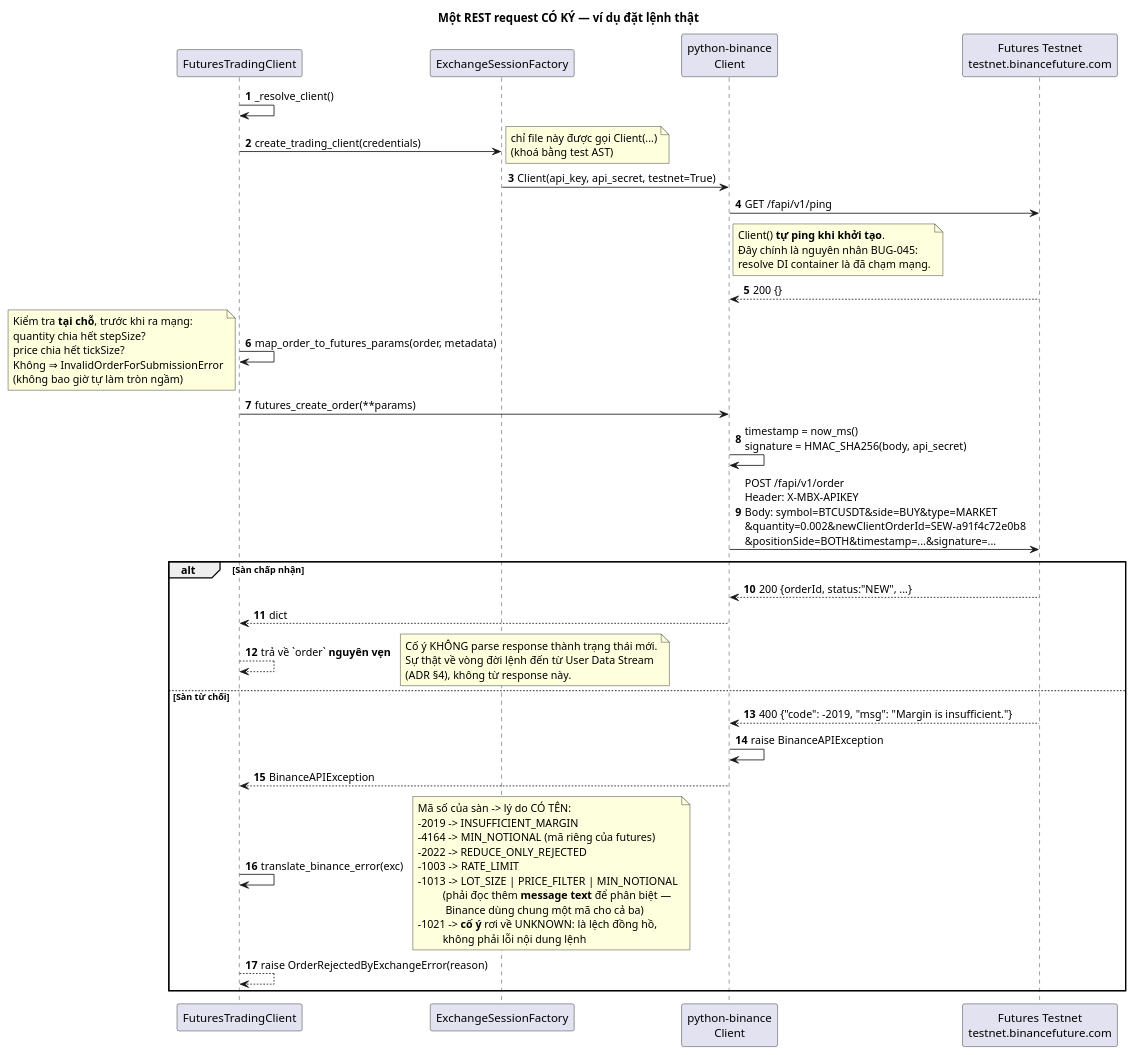
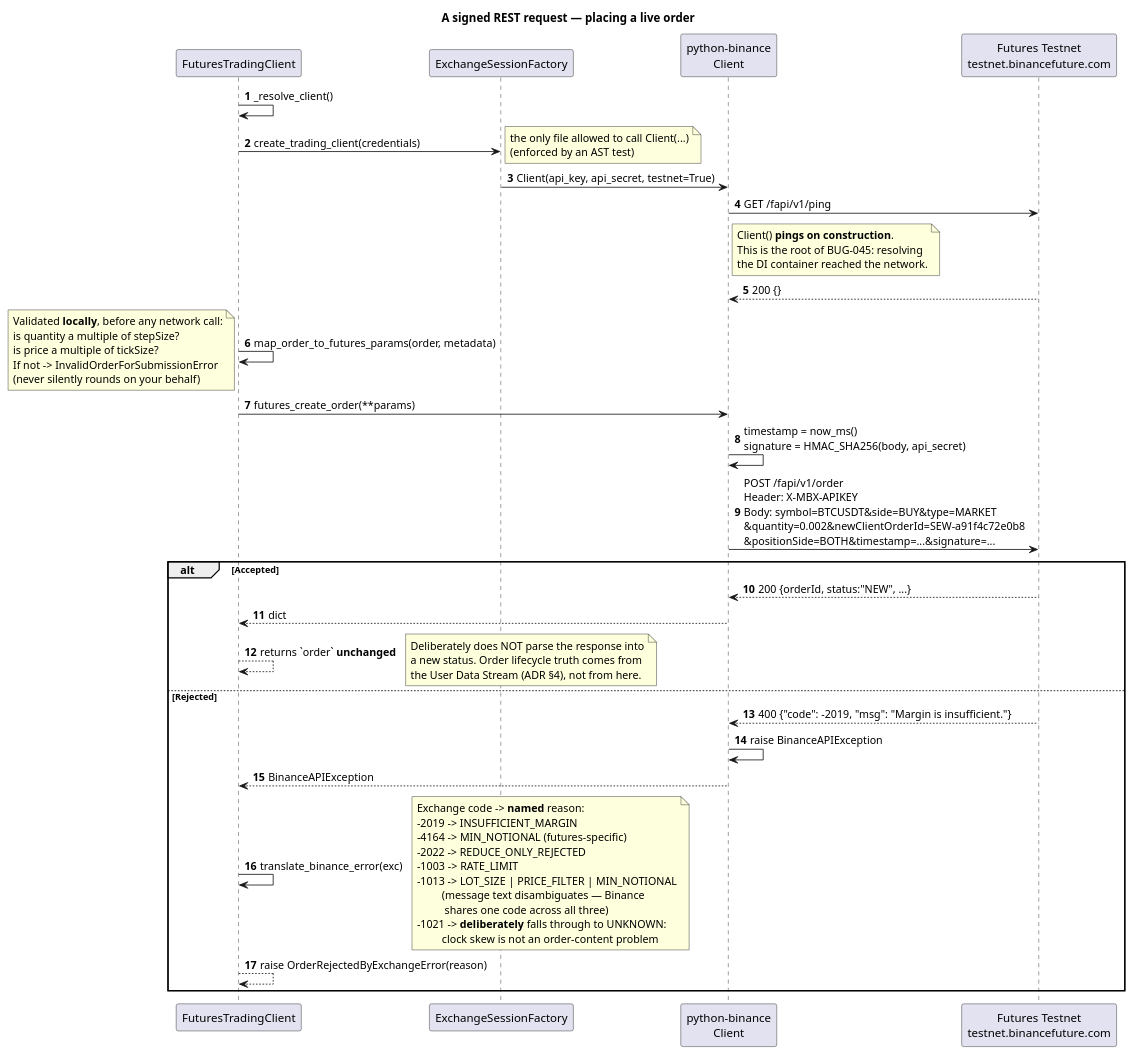
The second of 10 diagrams in Tasks/epics/EPIC-021_ket_noi_binance_futures_testnet/KNOWLEDGE_TRANSFER_tu_0_den_hero.md (anhembedded/Sagittarius_Elite_Warrior), drawn with PlantUML before and after one commit. The commit also changed other lines of this file and 1 other file, not shown here.

````diff
--- a/Tasks/epics/EPIC-021_ket_noi_binance_futures_testnet/KNOWLEDGE_TRANSFER_tu_0_den_hero.md
+++ b/Tasks/epics/EPIC-021_ket_noi_binance_futures_testnet/KNOWLEDGE_TRANSFER_tu_0_den_hero.md
@@ -169,66 +167,66 @@
 ```plantuml
 @startuml KT02_signed_request
-title Một REST request CÓ KÝ — ví dụ đặt lệnh thật
+title A signed REST request — placing a live order
 
 autonumber
 participant "FuturesTradingClient" as FTC
 participant "ExchangeSessionFactory" as ESF
 participant "python-binance\nClient" as PB
 participant "Futures Testnet\ntestnet.binancefuture.com" as EX
 
 FTC -> FTC : _resolve_client()
 FTC -> ESF : create_trading_client(credentials)
-note right: chỉ file này được gọi Client(...)\n(khoá bằng test AST)
+note right: the only file allowed to call Client(...)\n(enforced by an AST test)
 ESF -> PB : Client(api_key, api_secret, testnet=True)
 PB -> EX : GET /fapi/v1/ping
 note right of PB
-  Client() **tự ping khi khởi tạo**.
-  Đây chính là nguyên nhân BUG-045:
-  resolve DI container là đã chạm mạng.
+  Client() **pings on construction**.
+  This is the root of BUG-045: resolving
+  the DI container reached the network.
 end note
 EX --> PB : 200 {}
 
 FTC -> FTC : map_order_to_futures_params(order, metadata)
 note left
-  Kiểm tra **tại chỗ**, trước khi ra mạng:
-  quantity chia hết stepSize?
-  price chia hết tickSize?
-  Không ⇒ InvalidOrderForSubmissionError
-  (không bao giờ tự làm tròn ngầm)
+  Validated **locally**, before any network call:
+  is quantity a multiple of stepSize?
+  is price a multiple of tickSize?
+  If not -> InvalidOrderForSubmissionError
+  (never silently rounds on your behalf)
 end note
 
 FTC -> PB : futures_create_order(**params)
 PB -> PB : timestamp = now_ms()\nsignature = HMAC_SHA256(body, api_secret)
 PB -> EX : POST /fapi/v1/order\nHeader: X-MBX-APIKEY\nBody: symbol=BTCUSDT&side=BUY&type=MARKET\n&quantity=0.002&newClientOrderId=SEW-a91f4c72e0b8\n&positionSide=BOTH&timestamp=...&signature=...
 
-alt Sàn chấp nhận
+alt Accepted
   EX --> PB : 200 {orderId, status:"NEW", ...}
   PB --> FTC : dict
-  FTC --> FTC : trả về `order` **nguyên vẹn**
+  FTC --> FTC : returns `order` **unchanged**
   note right
-    Cố ý KHÔNG parse response thành trạng thái mới.
-    Sự thật về vòng đời lệnh đến từ User Data Stream
-    (ADR §4), không từ response này.
+    Deliberately does NOT parse the response into
+    a new status. Order lifecycle truth comes from
+    the User Data Stream (ADR §4), not from here.
   end note
-else Sàn từ chối
+else Rejected
   EX --> PB : 400 {"code": -2019, "msg": "Margin is insufficient."}
   PB -> PB : raise BinanceAPIException
   PB --> FTC : BinanceAPIException
   FTC -> FTC : translate_binance_error(exc)
   note right
-    Mã số của sàn -> lý do CÓ TÊN:
+    Exchange code -> **named** reason:
     -2019 -> INSUFFICIENT_MARGIN
-    -4164 -> MIN_NOTIONAL (mã riêng của futures)
+    -4164 -> MIN_NOTIONAL (futures-specific)
     -2022 -> REDUCE_ONLY_REJECTED
     -1003 -> RATE_LIMIT
     -1013 -> LOT_SIZE | PRICE_FILTER | MIN_NOTIONAL
-             (phải đọc thêm **message text** để phân biệt —
-              Binance dùng chung một mã cho cả ba)
-    -1021 -> **cố ý** rơi về UNKNOWN: là lệch đồng hồ,
-             không phải lỗi nội dung lệnh
+             (message text disambiguates — Binance
+              shares one code across all three)
+    -1021 -> **deliberately** falls through to UNKNOWN:
+             clock skew is not an order-content problem
   end note
   FTC --> FTC : raise OrderRejectedByExchangeError(reason)
 end
 
 @enduml
 ```
````
